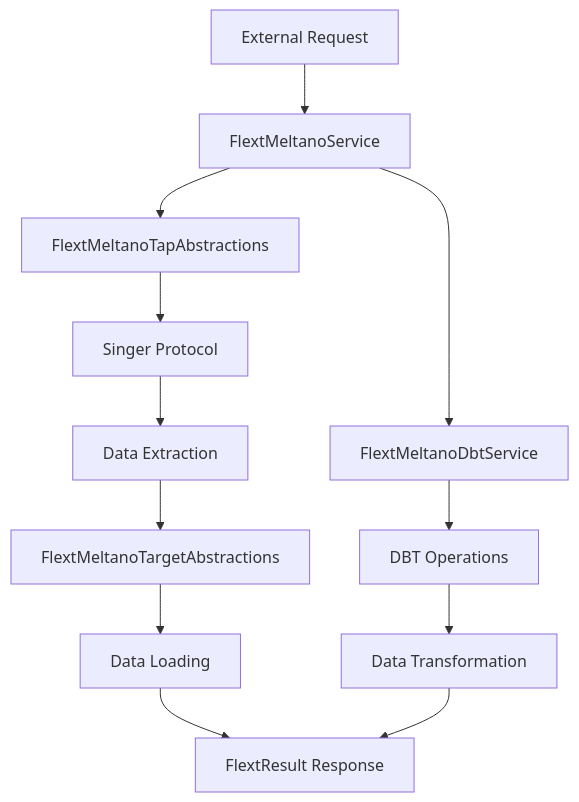
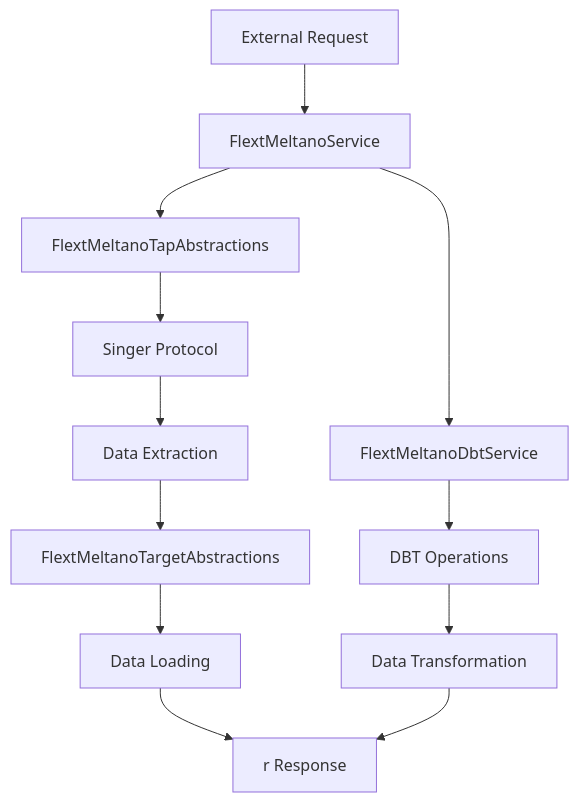
The first of 2 diagrams in docs/architecture.md (flext-sh/flext-meltano), drawn with Mermaid before and after one commit. The commit also changed other lines of this file and 50 other files, not shown here.

````diff
--- a/docs/architecture.md
+++ b/docs/architecture.md
@@ -132,15 +132,15 @@
 ```mermaid
 graph TD
     A[External Request] --> B[FlextMeltanoService]
     B --> C[FlextMeltanoTapAbstractions]
     C --> D[Singer Protocol]
     D --> E[Data Extraction]
     E --> F[FlextMeltanoTargetAbstractions]
     F --> G[Data Loading]
-    G --> H[FlextResult Response]
+    G --> H[r Response]
 
     B --> I[FlextMeltanoDbtService]
     I --> J[DBT Operations]
     J --> K[Data Transformation]
     K --> H
 ```
````
